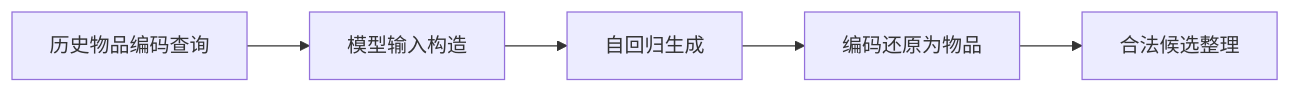
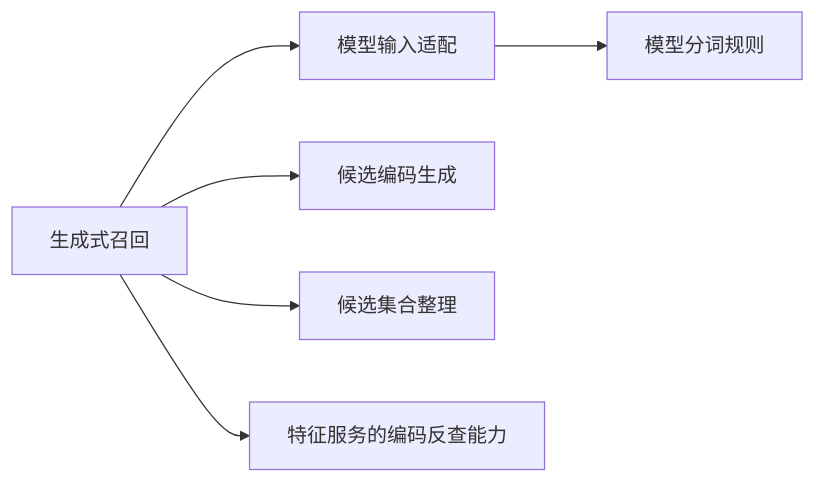
Before and after one commit to bitianyuan123/docs: the diagram in diagrams/04_generative_recall_01.mmd, drawn with Mermaid. The commit also changed 141 other files, not shown here.

```diff
--- a/diagrams/04_generative_recall_01.mmd
+++ b/diagrams/04_generative_recall_01.mmd
@@ -1,5 +1,6 @@
 flowchart LR
-    A[历史物品编码查询] --> B[模型输入构造]
-    B --> C[自回归生成]
-    C --> D[编码还原为物品]
-    D --> E[合法候选整理]
+    G[生成式召回] --> I[模型输入适配]
+    G --> M[候选编码生成]
+    G --> C[候选集合整理]
+    G --> F[特征服务的编码反查能力]
+    I --> T[模型分词规则]
```
